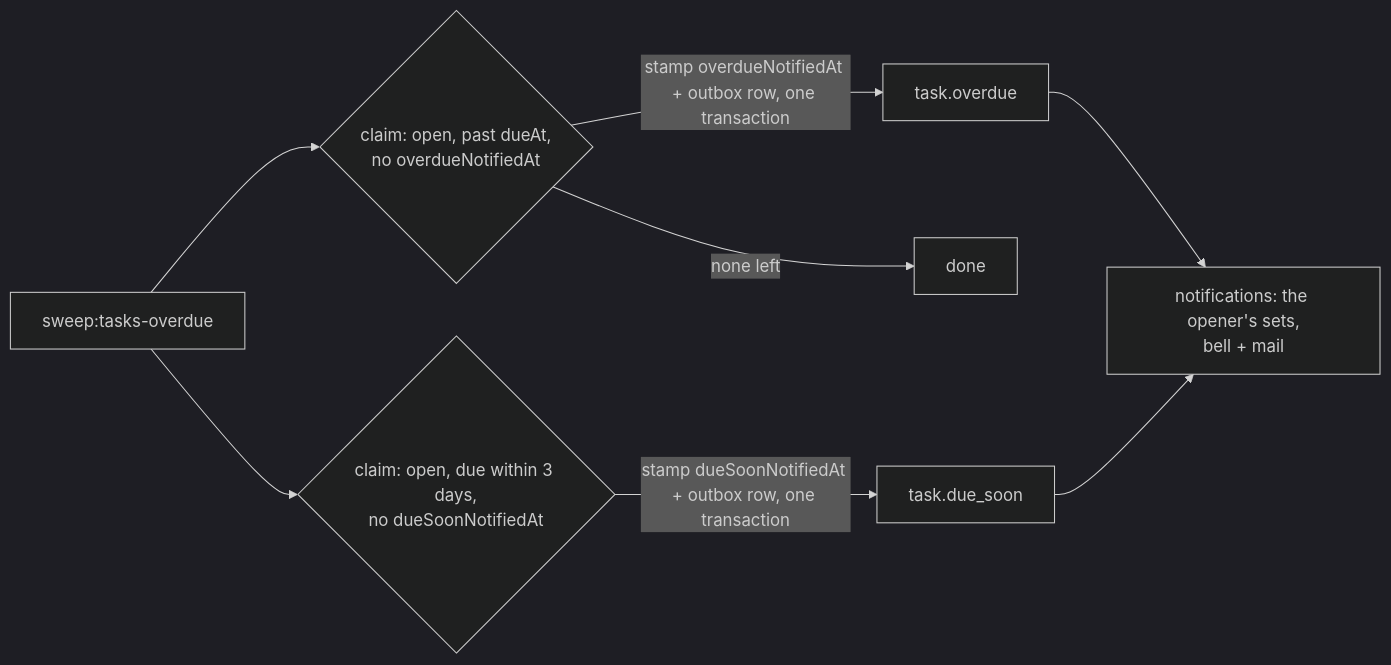
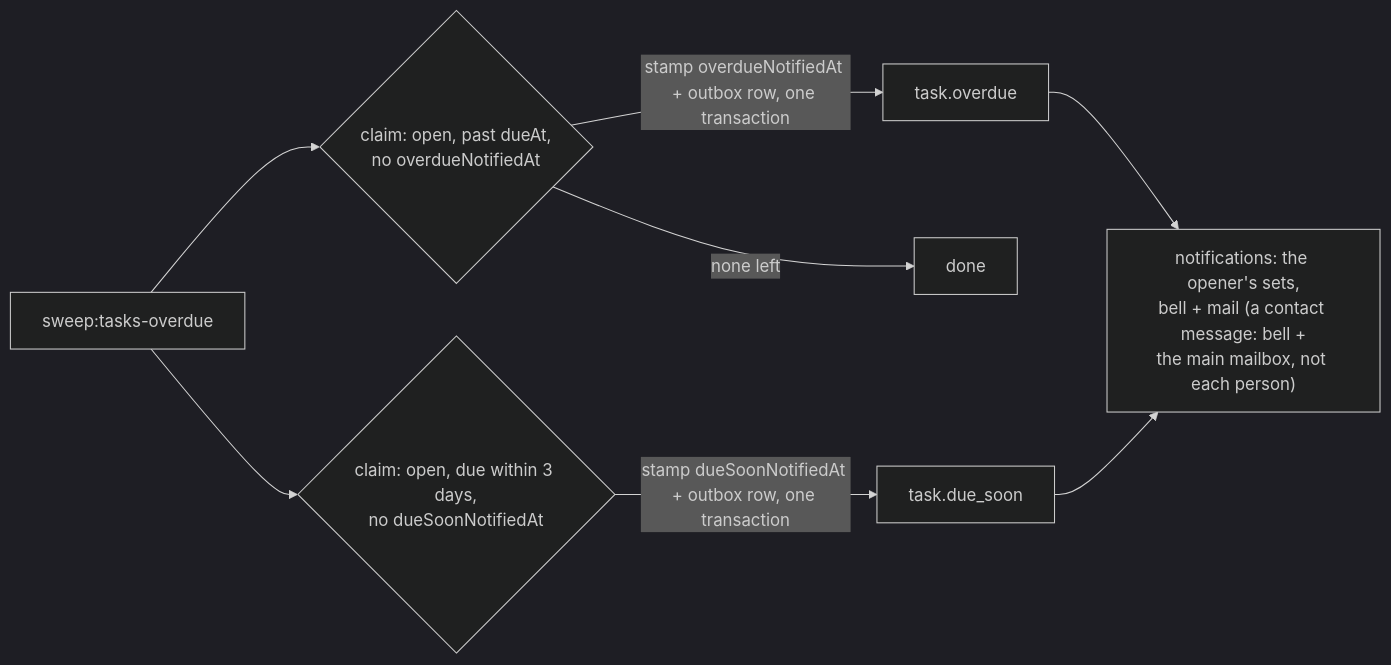
Before and after one commit to Guebbit/boilerplate-node-backend: the fifth of 5 diagrams in docs/modules/tasks.md, drawn with Mermaid (dark theme). The commit also changed other lines of this file and 20 other files, not shown here.

````diff
--- a/docs/modules/tasks.md
+++ b/docs/modules/tasks.md
@@ -239,10 +243,10 @@
 ```mermaid
 flowchart LR
     J["sweep:tasks-overdue"] --> C{"claim: open, past dueAt,<br/>no overdueNotifiedAt"}
     C -->|stamp overdueNotifiedAt + outbox row, one transaction| E["task.overdue"]
     J --> D{"claim: open, due within 3 days,<br/>no dueSoonNotifiedAt"}
     D -->|stamp dueSoonNotifiedAt + outbox row, one transaction| F["task.due_soon"]
     C -->|none left| Z["done"]
-    E --> N["notifications: the opener's sets,<br/>bell + mail"]
+    E --> N["notifications: the opener's sets,<br/>bell + mail (a contact message: bell +<br/>the main mailbox, not each person)"]
     F --> N
 ```
````
